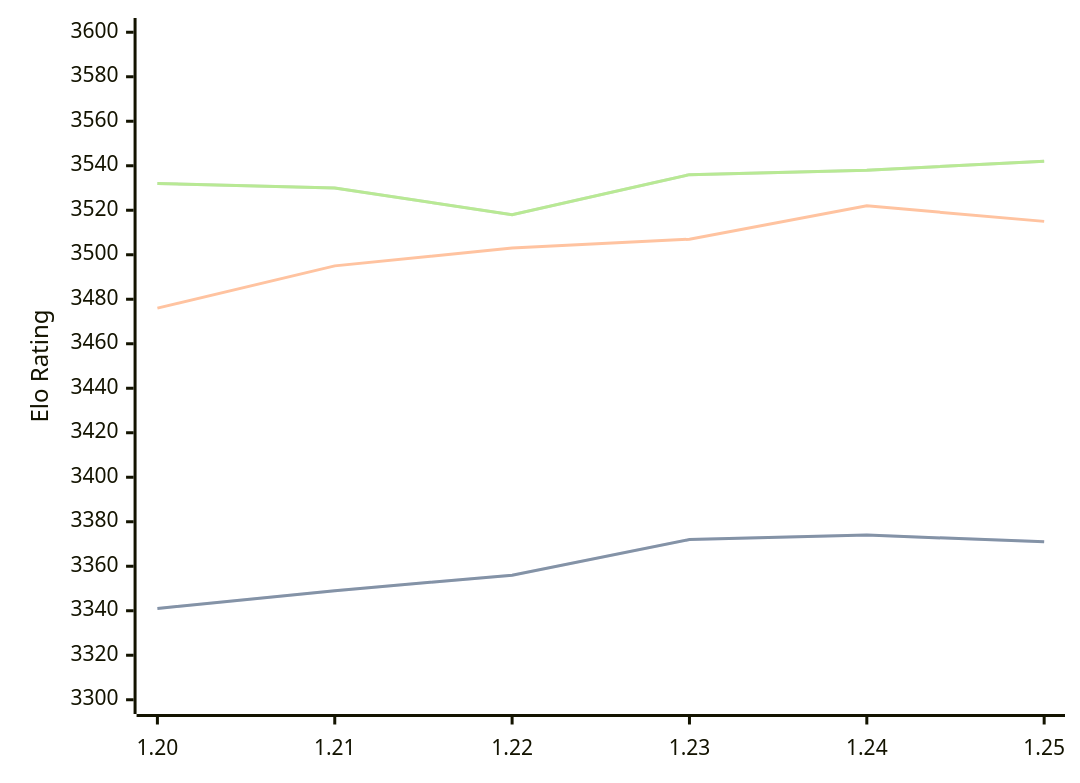
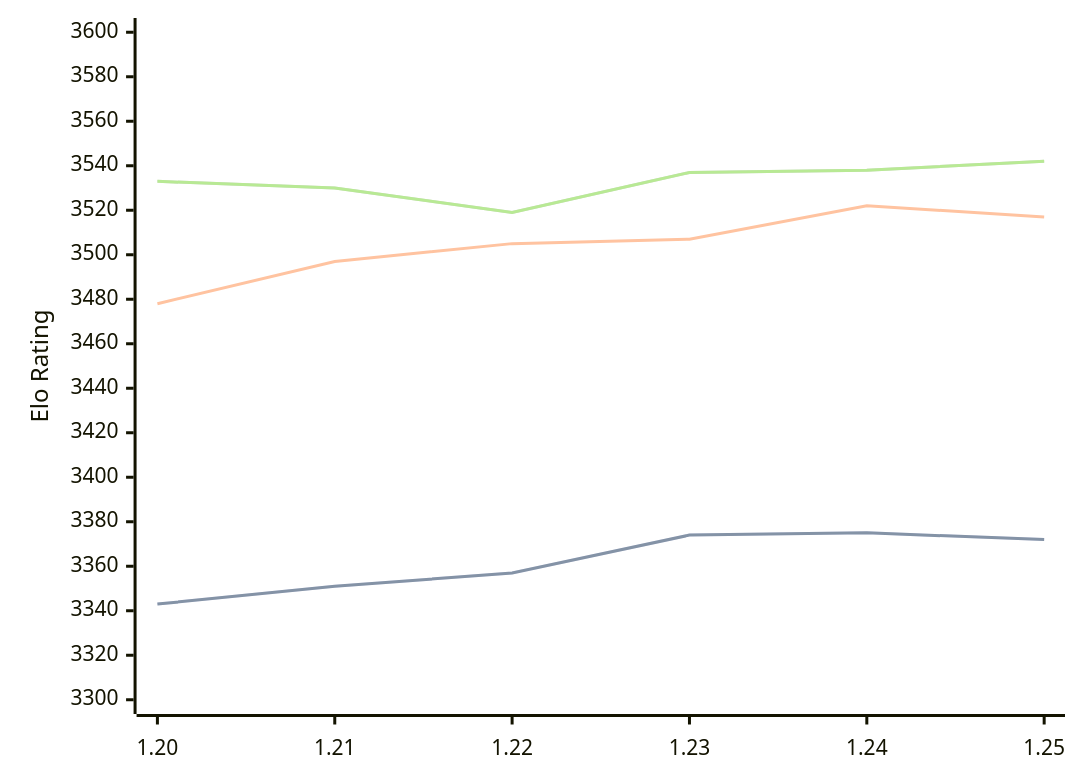
One commit to computer-chess-index/cci changed the third of 3 diagrams in engines/Caissa.md. Above: the diagram before and after it, drawn with Mermaid. The commit also changed other lines of this file, not shown here.

Commit message:
Update CCI Ratings (ELO VLTC) - 2026-06-24

````diff
--- a/engines/Caissa.md
+++ b/engines/Caissa.md
@@ -98,11 +98,11 @@
 ```mermaid
 %%{init: {"theme":"base","themeVariables":{"seriesColors:['#a3a3a3','#222221','#faa371']}}}%%
 xychart-beta
   x-axis ["1.20", "1.21", "1.22", "1.23", "1.24", "1.25"]
   y-axis "Elo Rating" 3300 --> 3600
-  line "STC (8.0+0.08s)" [3341, 3349, 3356, 3372, 3374, 3371]
-  line "STC (8.0+0.08s)" [3341, 3349, 3356, 3372, 3374, 3371]
-  line "LTC (60.0+0.60s)" [3476, 3495, 3503, 3507, 3522, 3515]
-  line "VLTC (2m24s+1.12s)" [3532, 3530, 3518, 3536, 3538, 3542]
-  line "VLTC (2m24s+1.12s)" [3532, 3530, 3518, 3536, 3538, 3542]
+  line "STC (8.0+0.08s)" [3343, 3351, 3357, 3374, 3375, 3372]
+  line "STC (8.0+0.08s)" [3343, 3351, 3357, 3374, 3375, 3372]
+  line "LTC (60.0+0.60s)" [3478, 3497, 3505, 3507, 3522, 3517]
+  line "VLTC (2m24s+1.12s)" [3533, 3530, 3519, 3537, 3538, 3542]
+  line "VLTC (2m24s+1.12s)" [3533, 3530, 3519, 3537, 3538, 3542]
 ```
````
